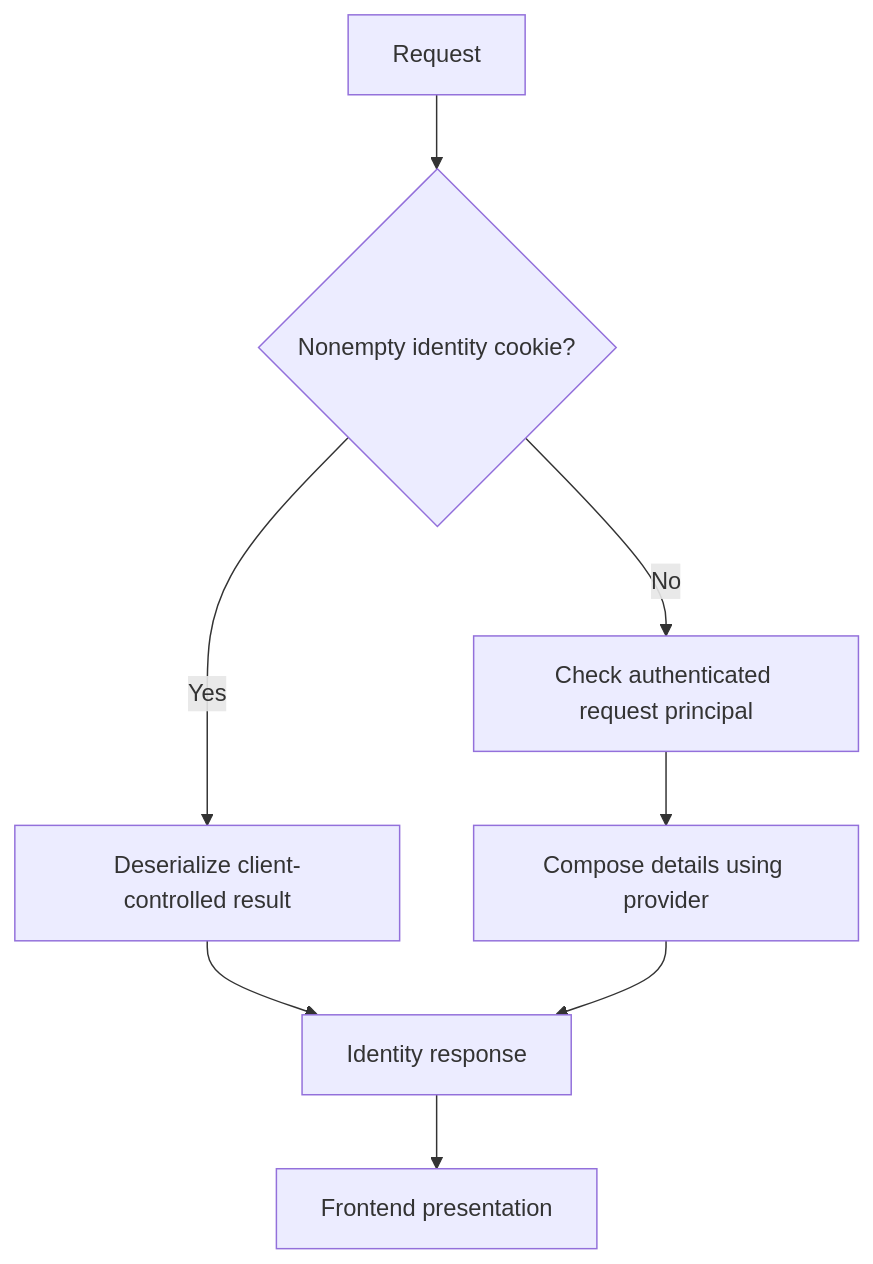
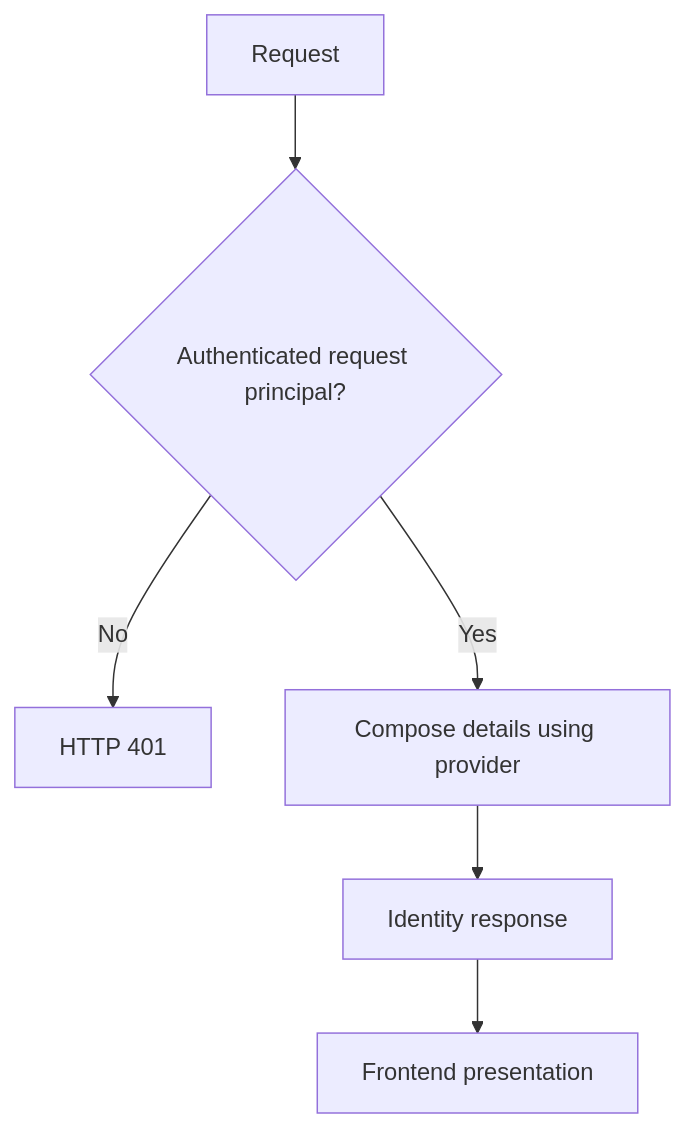
The diagram in Documentation/backend/csharp/identity/provider-flow.md (Cratis/Arc), drawn with Mermaid before and after one commit. The commit also changed other lines of this file and 68 other files, not shown here.

First line of the commit message:
Derive identity only from the authenticated request and stop using the .cratis-identity cookie (#2949)

````diff
--- a/Documentation/backend/csharp/identity/provider-flow.md
+++ b/Documentation/backend/csharp/identity/provider-flow.md
@@ -36,10 +36,8 @@
 ```mermaid
 flowchart TD
-    Request --> Cookie{Nonempty identity cookie?}
-    Cookie -- Yes --> Cached[Deserialize client-controlled result]
-    Cookie -- No --> Principal[Check authenticated request principal]
-    Principal --> Provider[Compose details using provider]
-    Cached --> Result[Identity response]
-    Provider --> Result
+    Request --> Principal{Authenticated request principal?}
+    Principal -- No --> Anonymous[HTTP 401]
+    Principal -- Yes --> Provider[Compose details using provider]
+    Provider --> Result[Identity response]
     Result --> Browser[Frontend presentation]
 ```
````
